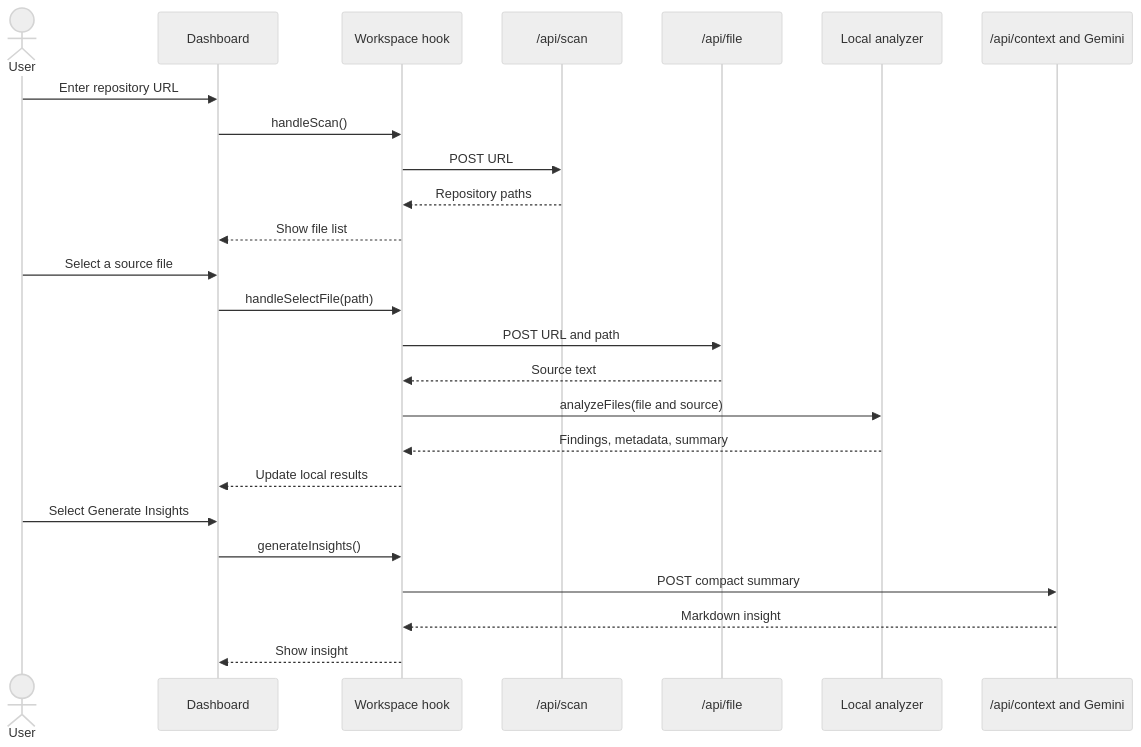
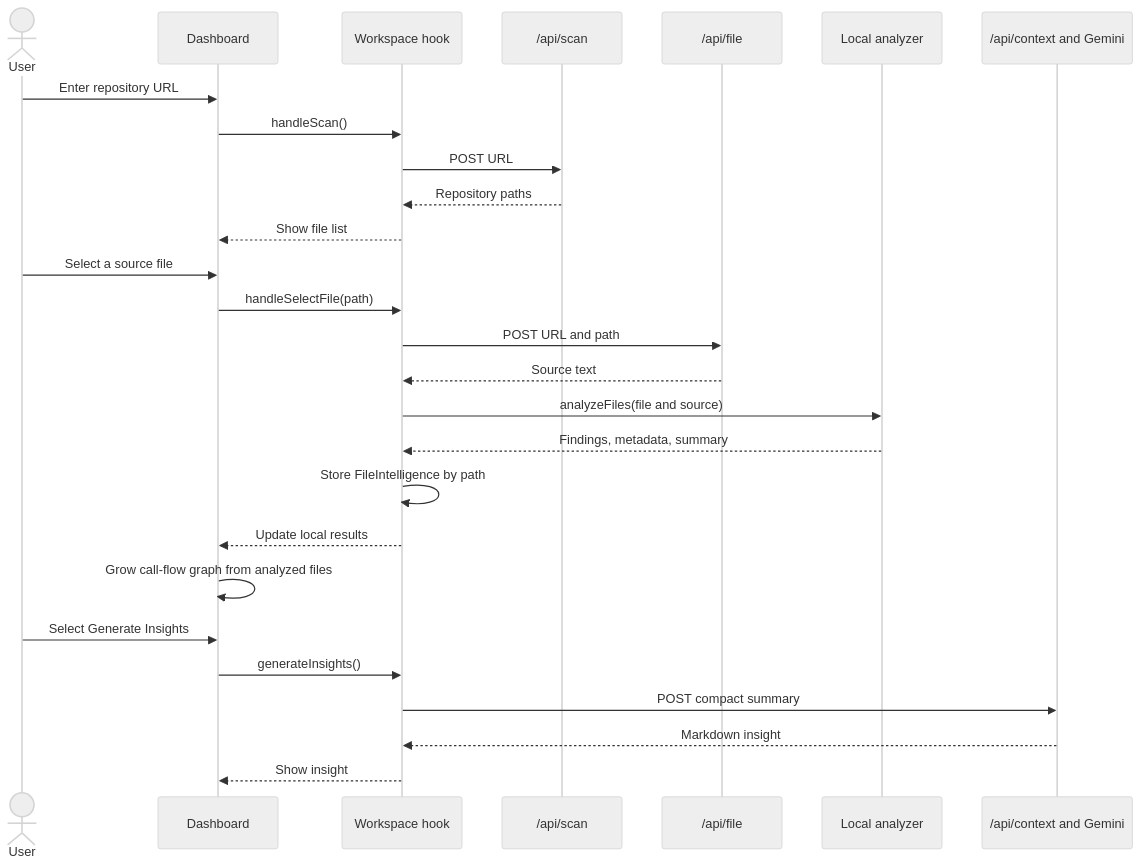
Before and after one commit to rn-ops/scrutiny: the second of 4 diagrams in design/PROJECT_DOCUMENTATION.md, drawn with Mermaid (neutral theme). The commit also changed other lines of this file and 8 other files, not shown here.

Commit message:
Fixed Call Flow diagram in File Intelligence

````diff
--- a/design/PROJECT_DOCUMENTATION.md
+++ b/design/PROJECT_DOCUMENTATION.md
@@ -67,28 +68,30 @@
 ```mermaid
 sequenceDiagram
     actor User
     participant UI as Dashboard
     participant Hook as Workspace hook
     participant Scan as /api/scan
     participant File as /api/file
     participant Analyze as Local analyzer
     participant AI as /api/context and Gemini
 
     User->>UI: Enter repository URL
     UI->>Hook: handleScan()
     Hook->>Scan: POST URL
     Scan-->>Hook: Repository paths
     Hook-->>UI: Show file list
     User->>UI: Select a source file
     UI->>Hook: handleSelectFile(path)
     Hook->>File: POST URL and path
     File-->>Hook: Source text
     Hook->>Analyze: analyzeFiles(file and source)
     Analyze-->>Hook: Findings, metadata, summary
+    Hook->>Hook: Store FileIntelligence by path
     Hook-->>UI: Update local results
+    UI->>UI: Grow call-flow graph from analyzed files
     User->>UI: Select Generate Insights
     UI->>Hook: generateInsights()
     Hook->>AI: POST compact summary
     AI-->>Hook: Markdown insight
     Hook-->>UI: Show insight
 ```
````
